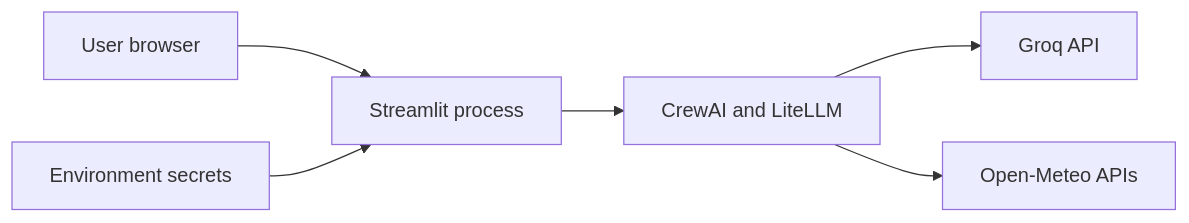
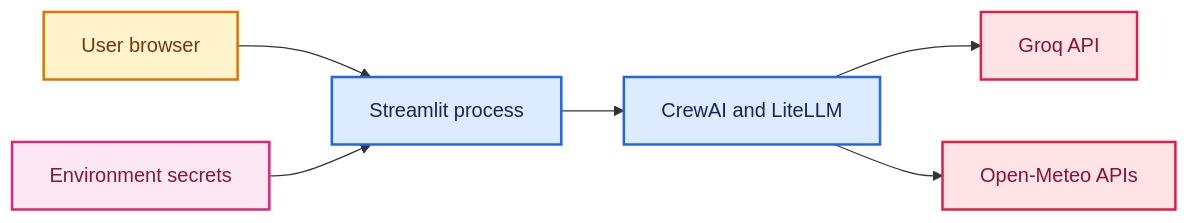
The fifth of 9 diagrams in README.md (sharan1370/WeatherAI), drawn with Mermaid before and after one commit. The commit also changed other lines of this file, not shown here.

````diff
--- a/README.md
+++ b/README.md
@@ -244,8 +152,17 @@
 ```mermaid
 flowchart LR
     Browser[User browser] --> Streamlit[Streamlit process]
     Streamlit --> CrewAI[CrewAI and LiteLLM]
     CrewAI --> Groq[Groq API]
     CrewAI --> Meteo[Open-Meteo APIs]
     Env[Environment secrets] --> Streamlit
+
+    classDef client fill:#FFF4CC,stroke:#D97706,color:#78350F,stroke-width:2px;
+    classDef runtime fill:#DDEBFF,stroke:#2563EB,color:#172554,stroke-width:2px;
+    classDef service fill:#FFE4E6,stroke:#E11D48,color:#881337,stroke-width:2px;
+    classDef secret fill:#FCE7F3,stroke:#DB2777,color:#831843,stroke-width:2px;
+    class Browser client;
+    class Streamlit,CrewAI runtime;
+    class Groq,Meteo service;
+    class Env secret;
 ```
````
